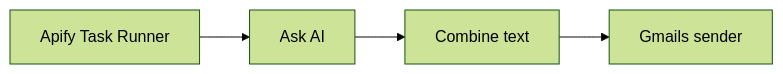
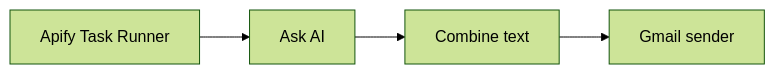
The diagram in sources/platform/integrations/workflows-and-notifications/gumloop/index.md (apify/apify-docs), drawn with Mermaid (forest theme) before and after one commit.

Commit message:
typo fix

````diff
--- a/sources/platform/integrations/workflows-and-notifications/gumloop/index.md
+++ b/sources/platform/integrations/workflows-and-notifications/gumloop/index.md
@@ -105,6 +105,6 @@
 ```mermaid
 
 graph LR
-    A[Apify Task Runner] --> B[Ask AI] --> C[Combine text] --> D[Gmails sender]
+    A[Apify Task Runner] --> B[Ask AI] --> C[Combine text] --> D[Gmail sender]
 
 ```
````
